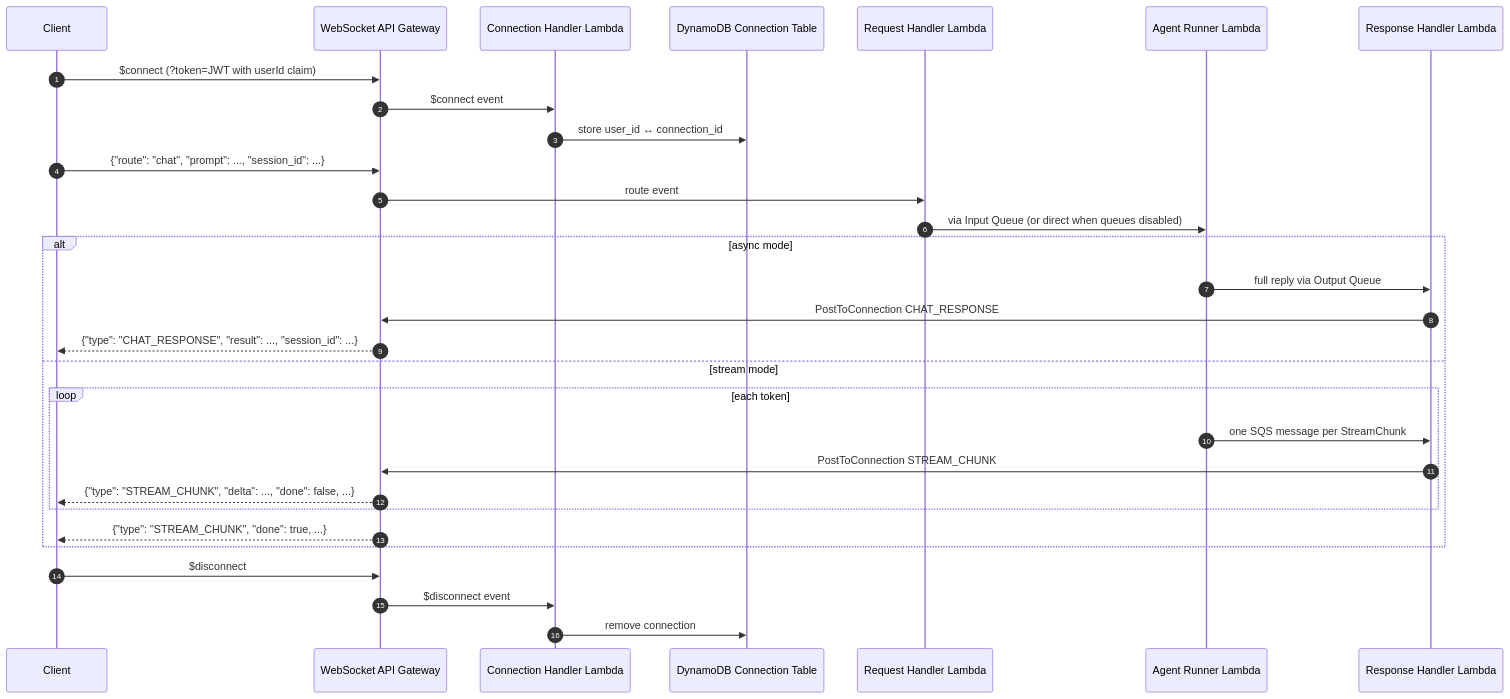
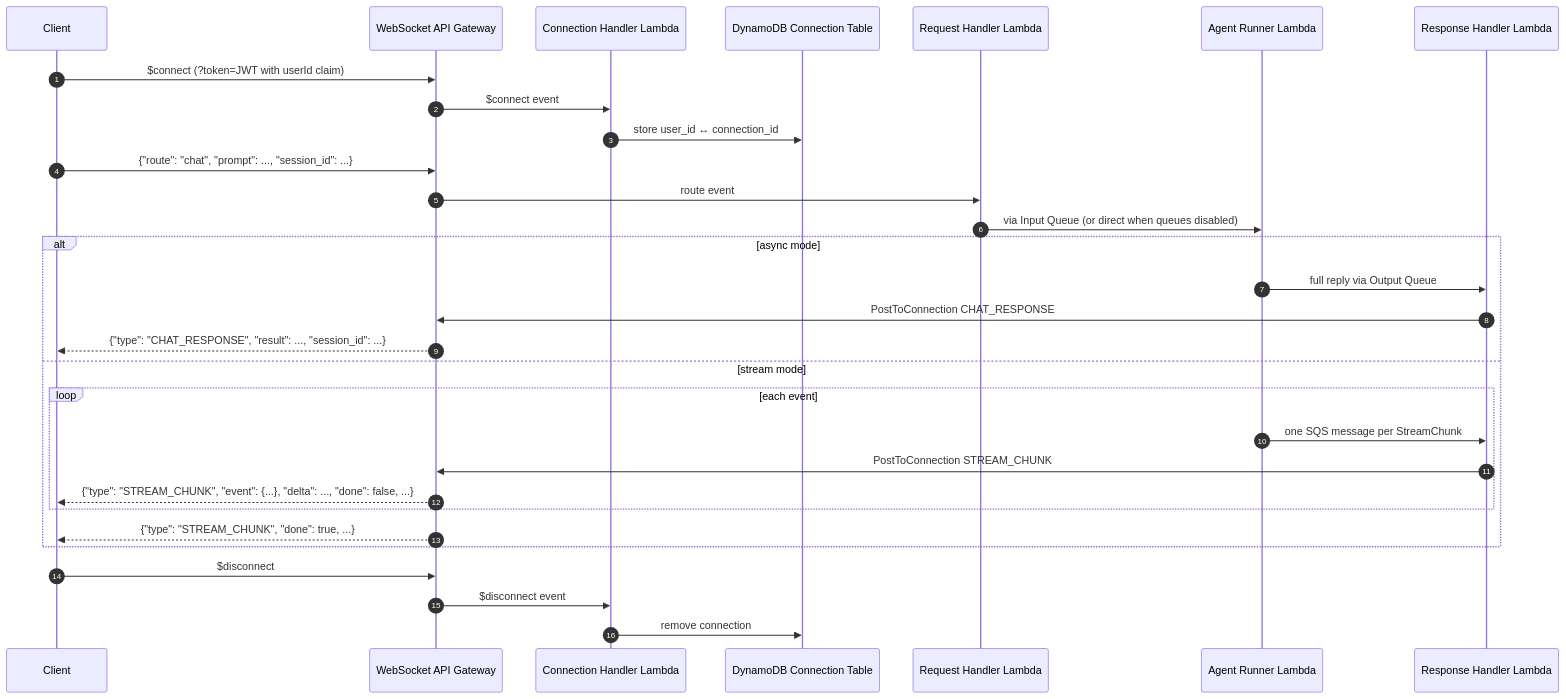
One commit to yaalalabs/agent-kernel changed the seventh of 8 diagrams in docs/docs/architecture/execution-flow.md. Above: the diagram before and after it, drawn with Mermaid. The commit also changed other lines of this file and 24 other files, not shown here.

````diff
--- a/docs/docs/architecture/execution-flow.md
+++ b/docs/docs/architecture/execution-flow.md
@@ -343,33 +355,33 @@
 ```mermaid
 sequenceDiagram
     autonumber
     participant Client
     participant WSGW as WebSocket API Gateway
     participant CH as Connection Handler Lambda
     participant CT as DynamoDB Connection Table
     participant RH as Request Handler Lambda
     participant AR as Agent Runner Lambda
     participant RSH as Response Handler Lambda
 
     Client->>WSGW: $connect (?token=JWT with userId claim)
     WSGW->>CH: $connect event
     CH->>CT: store user_id ↔ connection_id
     Client->>WSGW: {"route": "chat", "prompt": ..., "session_id": ...}
     WSGW->>RH: route event
     RH->>AR: via Input Queue (or direct when queues disabled)
     alt async mode
         AR->>RSH: full reply via Output Queue
         RSH->>WSGW: PostToConnection CHAT_RESPONSE
         WSGW-->>Client: {"type": "CHAT_RESPONSE", "result": ..., "session_id": ...}
     else stream mode
-        loop each token
+        loop each event
             AR->>RSH: one SQS message per StreamChunk
             RSH->>WSGW: PostToConnection STREAM_CHUNK
-            WSGW-->>Client: {"type": "STREAM_CHUNK", "delta": ..., "done": false, ...}
+            WSGW-->>Client: {"type": "STREAM_CHUNK", "event": {...}, "delta": ..., "done": false, ...}
         end
         WSGW-->>Client: {"type": "STREAM_CHUNK", "done": true, ...}
     end
     Client->>WSGW: $disconnect
     WSGW->>CH: $disconnect event
     CH->>CT: remove connection
 ```
````
